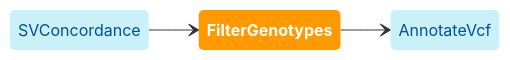
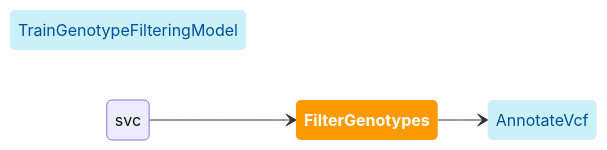
The diagram in website/docs/modules/filter_genotypes.md (broadinstitute/gatk-sv), drawn with Mermaid before and after one commit. The commit also changed other lines of this file and 22 other files, not shown here.

````diff
--- a/website/docs/modules/filter_genotypes.md
+++ b/website/docs/modules/filter_genotypes.md
@@ -23,19 +17,19 @@
 ```mermaid
 
 stateDiagram
   direction LR
   
   classDef inModules stroke-width:0px,fill:#caf0f8,color:#00509d
   classDef thisModule font-weight:bold,stroke-width:0px,fill:#ff9900,color:white
   classDef outModules stroke-width:0px,fill:#caf0f8,color:#00509d
 
-  svc: SVConcordance
+  tgfm: TrainGenotypeFilteringModel
   fg: FilterGenotypes
   avcf: AnnotateVcf
   svc --> fg
   fg --> avcf
   
   class fg thisModule
-  class svc inModules
+  class tgfm inModules
   class avcf outModules
 ```
````
